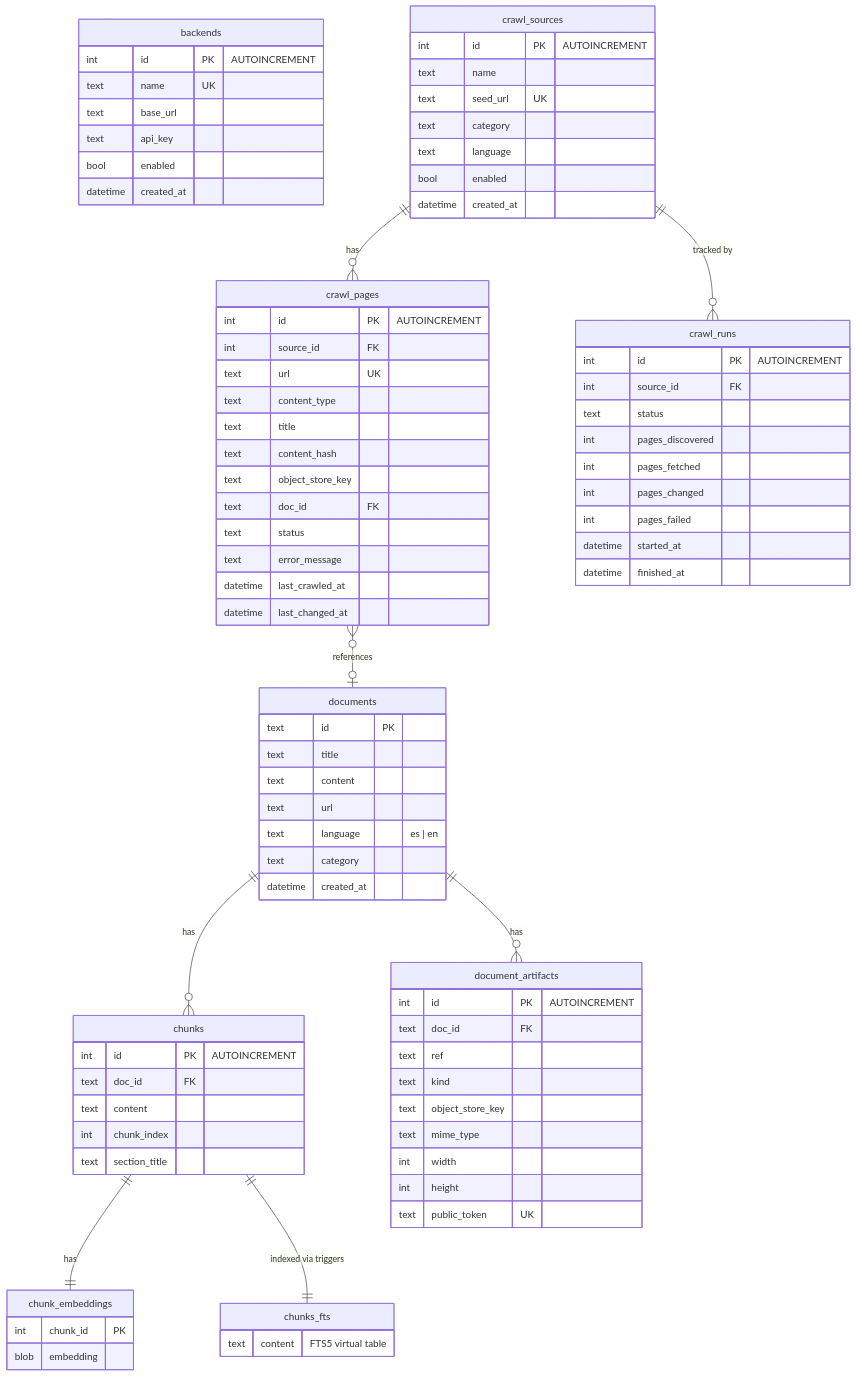
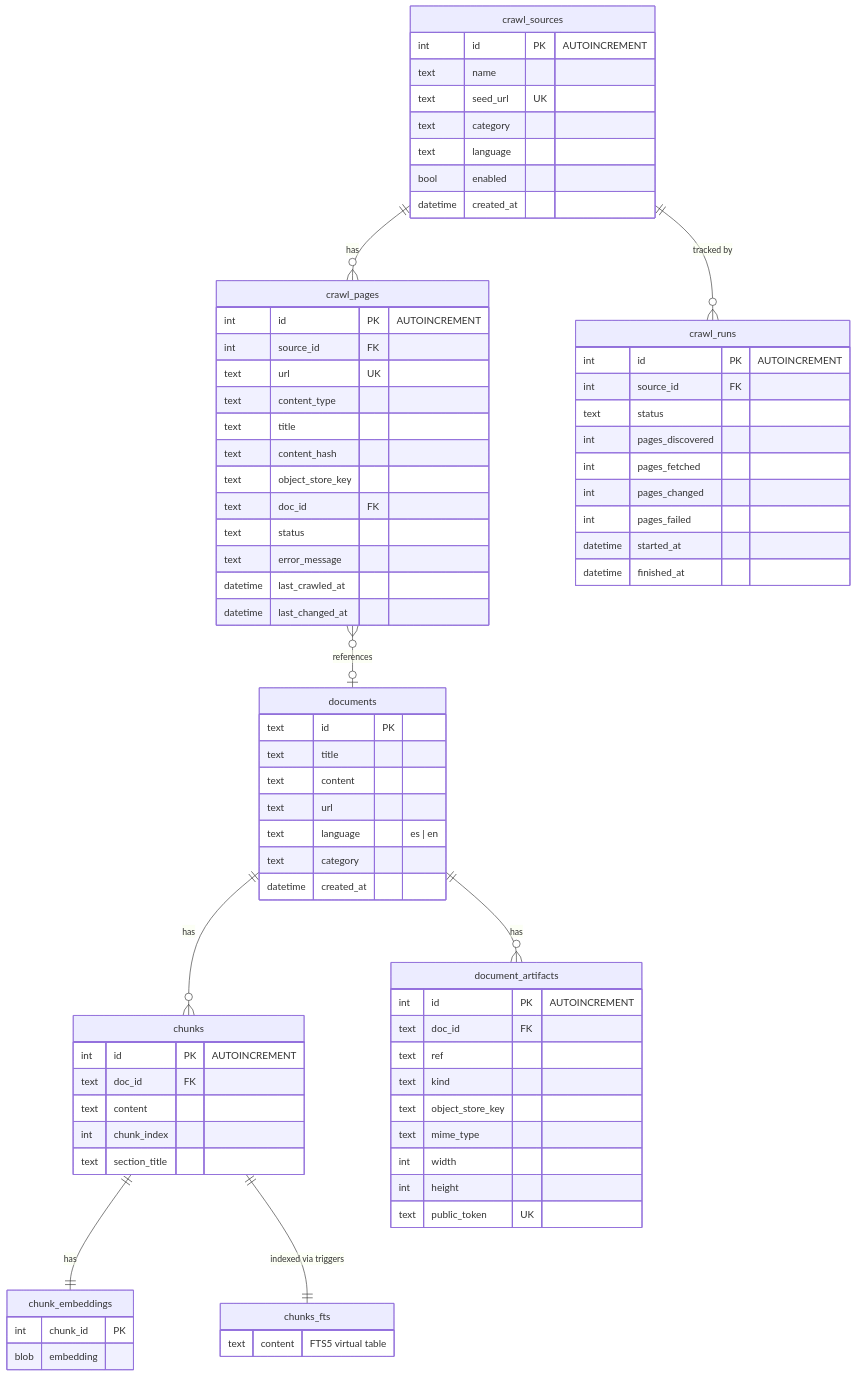
Before and after one commit to klnstprx/etsi-rag: the eighth of 8 diagrams in docs/diagrams.md, drawn with Mermaid. The commit also changed other lines of this file and 4 other files, not shown here.

```diff
--- a/docs/diagrams.md
+++ b/docs/diagrams.md
@@ -298,15 +298,6 @@
     chunk_embeddings {
         int chunk_id PK
         blob embedding
-    }
-
-    backends {
-        int id PK "AUTOINCREMENT"
-        text name UK
-        text base_url
-        text api_key
-        bool enabled
-        datetime created_at
     }
 
     crawl_sources {
```
